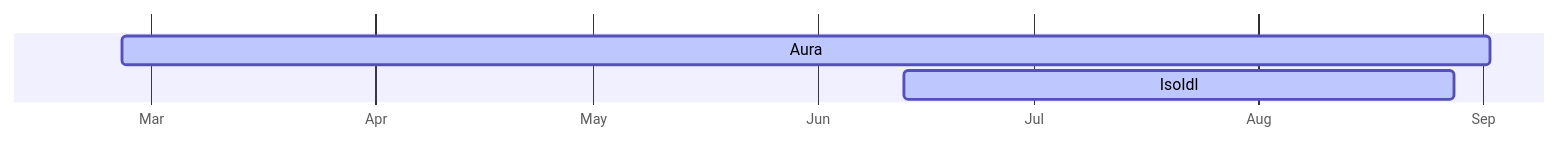
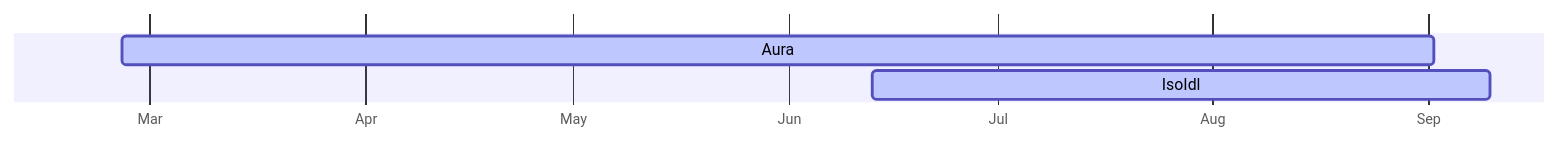
The diagram in content/index.md (ambrosiacvet/quartz-devblog), drawn with Mermaid before and after one commit. The commit also changed 3 other files, not shown here.

````diff
--- a/content/index.md
+++ b/content/index.md
@@ -19,10 +19,10 @@
 ```mermaid
 gantt
     dateFormat  MM-DD-YYYY
     axisFormat  %b
     tickInterval 1month
 
 	Aura       :active,     aura,         02-25-2025, 09-02-2025
-	IsoIdl      :active,     iso,          06-13-2025, 08-28-2025
+	IsoIdl      :active,     iso,          06-13-2025, 09-10-2025
 	
 ```
````
